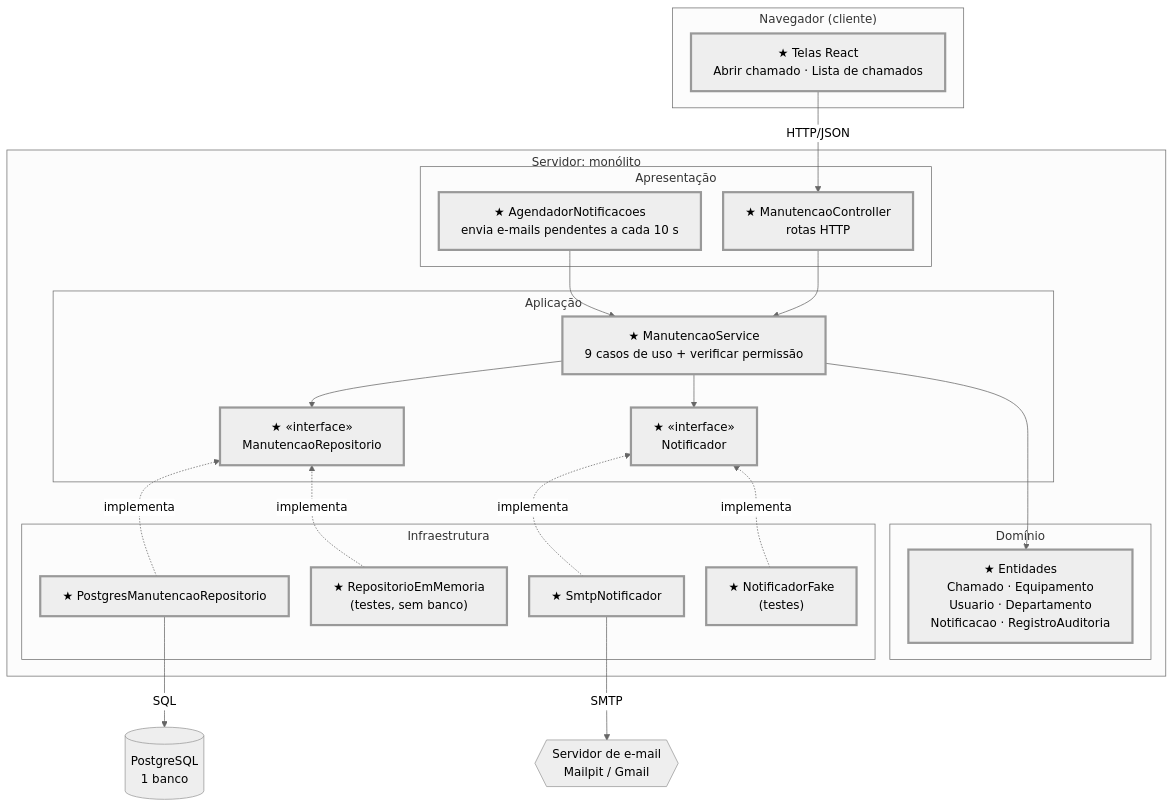
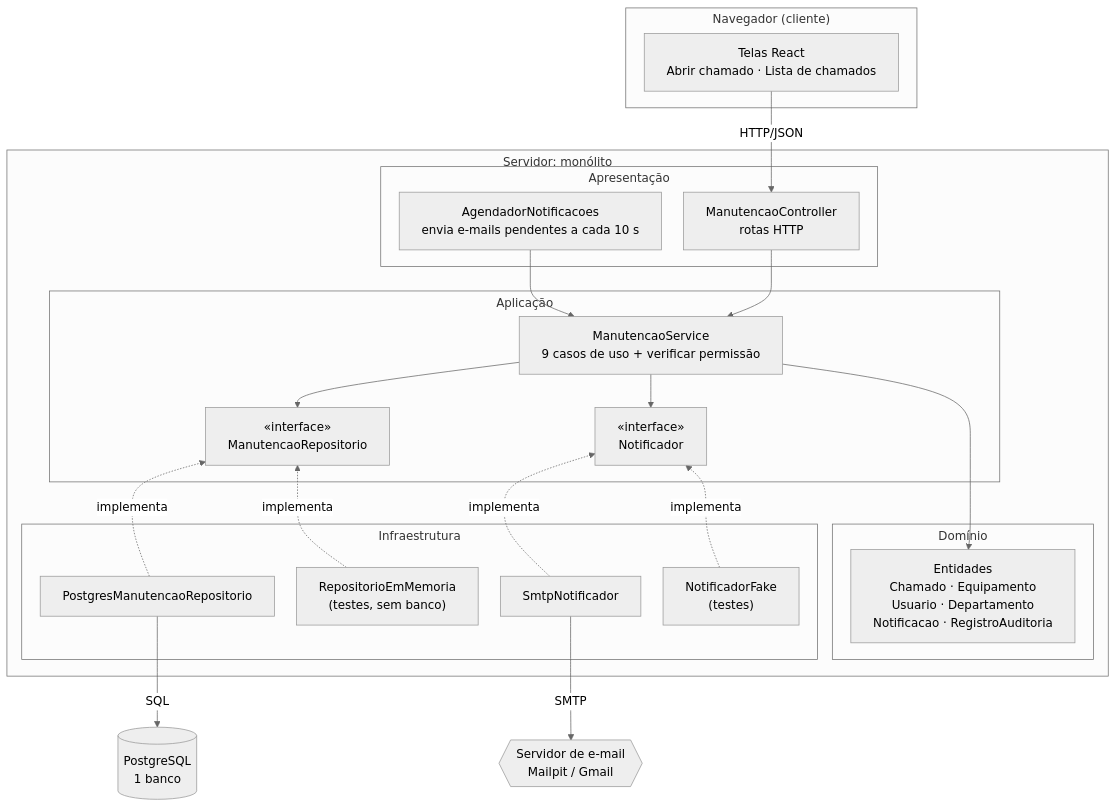
Before and after one commit to nadialobkov/trabalho-design-software: the diagram in docs/diagramas/componentes.md, drawn with Mermaid. The commit also changed other lines of this file and 1 other file, not shown here.

Commit message:
docs: mark planned methods in the diagrams and drop the stars
The class diagram showed UC03-UC08 methods as if they existed in the
code. They are kept as design but now marked with a diamond, so the
diagram matches the code. The stars marked almost every class and block,
so they told the reader nothing; they are removed from both diagrams.
The React screens are noted as not built yet, and Departamento, the
role filter of UC02 and a few notes now match the code.

````diff
--- a/docs/diagramas/componentes.md
+++ b/docs/diagramas/componentes.md
@@ -20,66 +20,64 @@
 ```mermaid
 ---
 config:
   theme: neutral
   flowchart:
     rankSpacing: 45
     nodeSpacing: 30
     wrappingWidth: 320
     subGraphTitleMargin:
       top: 4
       bottom: 8
 ---
 flowchart TB
     subgraph NAV["Navegador (cliente)"]
-        UI["★ Telas React<br/>Abrir chamado · Lista de chamados"]
+        UI["Telas React<br/>Abrir chamado · Lista de chamados"]
     end
 
     subgraph SRV["Servidor: monólito"]
         subgraph APRES["Apresentação"]
-            CTRL["★ ManutencaoController<br/>rotas HTTP"]
-            AGE["★ AgendadorNotificacoes<br/>envia e-mails pendentes a cada 10 s"]
+            CTRL["ManutencaoController<br/>rotas HTTP"]
+            AGE["AgendadorNotificacoes<br/>envia e-mails pendentes a cada 10 s"]
         end
         subgraph APP["Aplicação"]
-            MS["★ ManutencaoService<br/>9 casos de uso + verificar permissão"]
-            IREPO["★ «interface»<br/>ManutencaoRepositorio"]
-            INOT["★ «interface»<br/>Notificador"]
+            MS["ManutencaoService<br/>9 casos de uso + verificar permissão"]
+            IREPO["«interface»<br/>ManutencaoRepositorio"]
+            INOT["«interface»<br/>Notificador"]
         end
         subgraph DOM["Domínio"]
-            DOMN["★ Entidades<br/>Chamado · Equipamento<br/>Usuario · Departamento<br/>Notificacao · RegistroAuditoria"]
+            DOMN["Entidades<br/>Chamado · Equipamento<br/>Usuario · Departamento<br/>Notificacao · RegistroAuditoria"]
         end
         subgraph INFRA["Infraestrutura"]
-            PG["★ PostgresManutencaoRepositorio"]
-            MEM["★ RepositorioEmMemoria<br/>(testes, sem banco)"]
-            SMTPN["★ SmtpNotificador"]
-            FAKE["★ NotificadorFake<br/>(testes)"]
+            PG["PostgresManutencaoRepositorio"]
+            MEM["RepositorioEmMemoria<br/>(testes, sem banco)"]
+            SMTPN["SmtpNotificador"]
+            FAKE["NotificadorFake<br/>(testes)"]
         end
     end
 
     DB[("PostgreSQL<br/>1 banco")]
     EMAIL{{"Servidor de e-mail<br/>Mailpit / Gmail"}}
 
     UI -->|"HTTP/JSON"| CTRL
     CTRL --> MS
     AGE --> MS
     MS --> IREPO
     MS --> INOT
     MS --> DOMN
 
     %% Links invisíveis: só posicionam o Domínio e a Infraestrutura na linha de baixo
     IREPO ~~~ DOMN
     IREPO ~~~ PG
     IREPO ~~~ MEM
     INOT ~~~ SMTPN
     INOT ~~~ FAKE
 
     PG -.->|implementa| IREPO
     MEM -.->|implementa| IREPO
     SMTPN -.->|implementa| INOT
     FAKE -.->|implementa| INOT
 
     PG -->|SQL| DB
     SMTPN -->|SMTP| EMAIL
 
-    classDef impl stroke-width:3px
-    class UI,CTRL,AGE,MS,IREPO,INOT,DOMN,PG,MEM,SMTPN,FAKE impl
 ```
````
